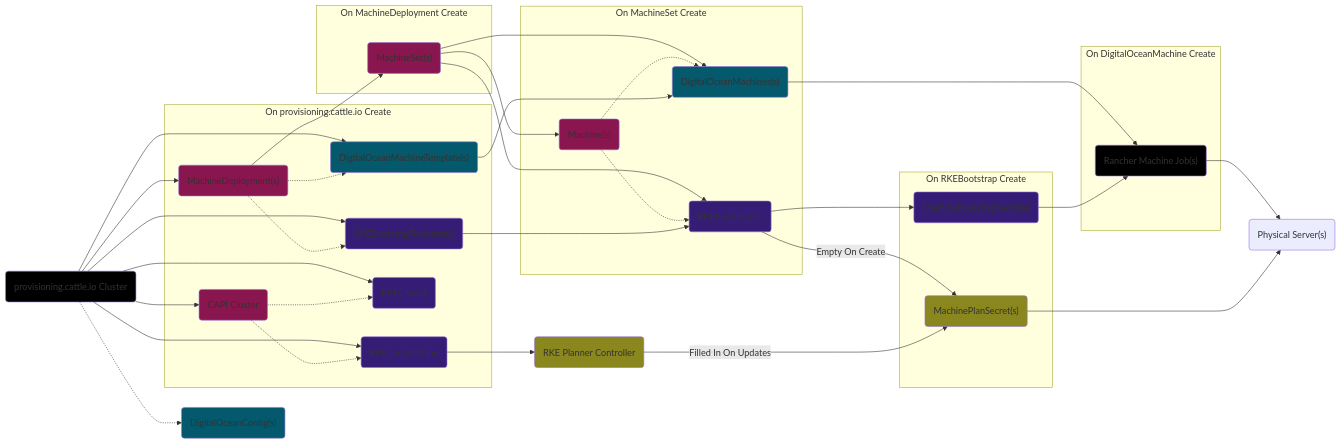
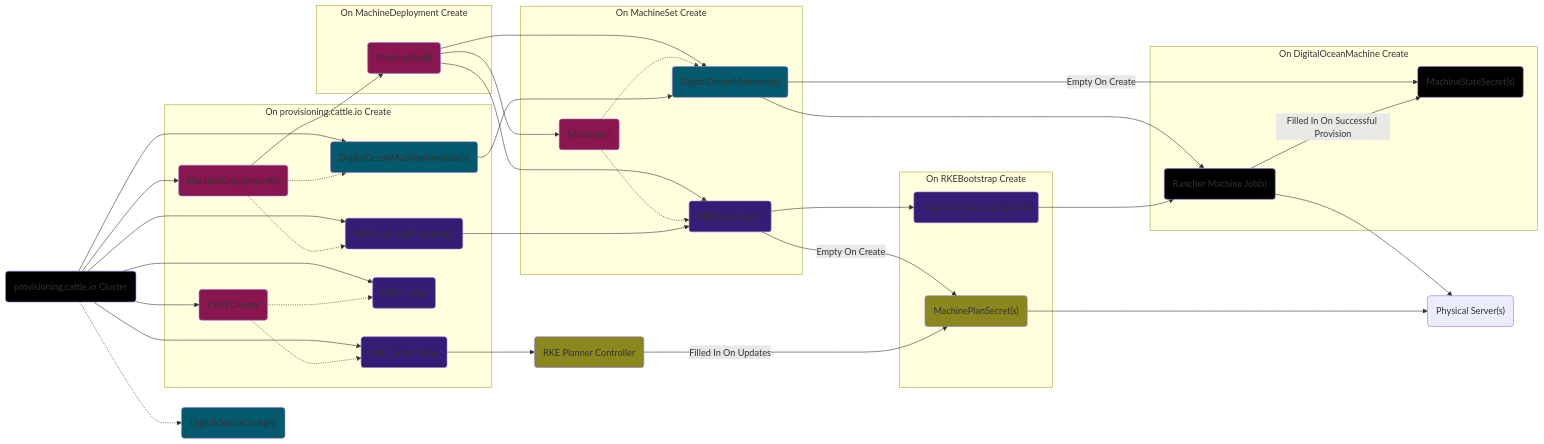
The first of 4 diagrams in docs/provisioning/walkthrough.md (aiyengar2/k8s-docs), drawn with Mermaid before and after one commit. The commit also changed other lines of this file, not shown here.

```diff
--- a/docs/provisioning/walkthrough.md
+++ b/docs/provisioning/walkthrough.md
@@ -100,6 +100,7 @@
     %%%% DigitalOceanMachine Children
     subgraph On DigitalOceanMachine Create
     RancherMachineJob("Rancher Machine Job(s)"):::ProvisioningV2
+    MachineStateSecret("MachineStateSecret(s)"):::ProvisioningV2
     end
 
     RKEPlannerController("RKE Planner Controller"):::RKEPlanner
@@ -143,6 +144,9 @@
     %%%% DigitalOceanMachine Children
     DigitalOceanMachine-->RancherMachineJob
     RancherMachineJob-->PhysicalServer
+    DigitalOceanMachine--Empty On Create-->MachineStateSecret
+
+    RancherMachineJob--Filled In On Successful Provision-->MachineStateSecret
 
     %%%% Secrets
     RKEBootstrap-->MachineBootstrapSecret
```
